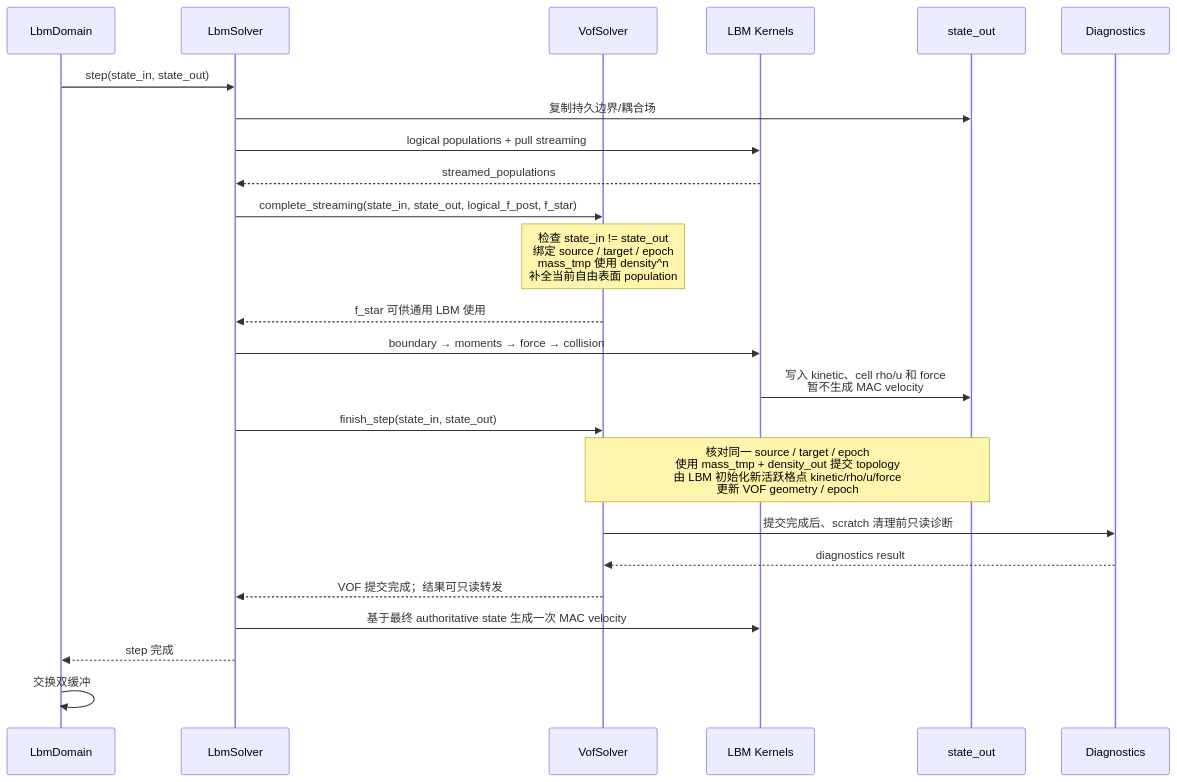
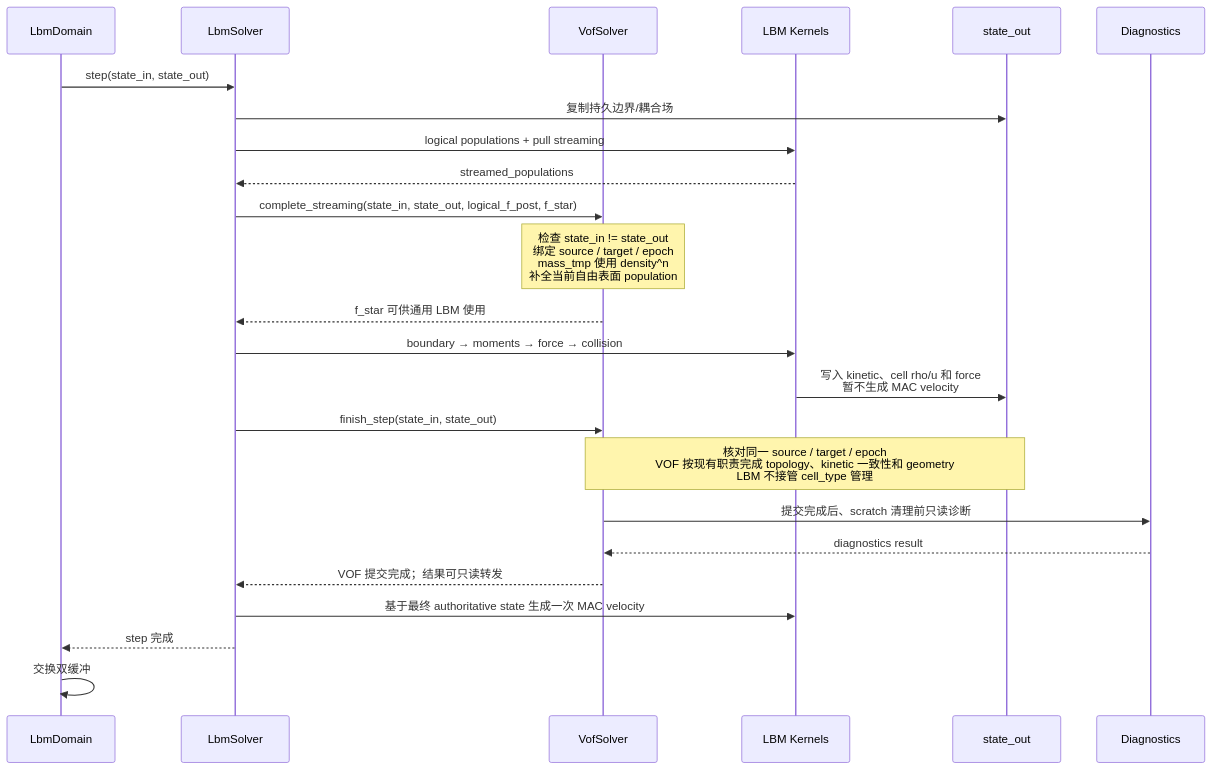
Before and after one commit to Cavibot/LBM-Fluid-Structure-Interaction: the fifth of 5 diagrams in docs/wanphys/lbm/lbm-vof-refactor-final-architecture.md, drawn with Mermaid. The commit also changed other lines of this file and 46 other files, not shown here.

````diff
--- a/docs/wanphys/lbm/lbm-vof-refactor-final-architecture.md
+++ b/docs/wanphys/lbm/lbm-vof-refactor-final-architecture.md
@@ -346,30 +351,30 @@
 ```mermaid
 sequenceDiagram
     participant D as LbmDomain
     participant L as LbmSolver
     participant V as VofSolver
     participant K as LBM Kernels
     participant S as state_out
     participant G as Diagnostics
 
     D->>L: step(state_in, state_out)
     L->>S: 复制持久边界/耦合场
     L->>K: logical populations + pull streaming
     K-->>L: streamed_populations
 
     L->>V: complete_streaming(state_in, state_out, logical_f_post, f_star)
     Note over V: 检查 state_in != state_out<br/>绑定 source / target / epoch<br/>mass_tmp 使用 density^n<br/>补全当前自由表面 population
     V-->>L: f_star 可供通用 LBM 使用
 
     L->>K: boundary → moments → force → collision
     K->>S: 写入 kinetic、cell rho/u 和 force<br/>暂不生成 MAC velocity
 
     L->>V: finish_step(state_in, state_out)
-    Note over V,S: 核对同一 source / target / epoch<br/>使用 mass_tmp + density_out 提交 topology<br/>由 LBM 初始化新活跃格点 kinetic/rho/u/force<br/>更新 VOF geometry / epoch
+    Note over V,S: 核对同一 source / target / epoch<br/>VOF 按现有职责完成 topology、kinetic 一致性和 geometry<br/>LBM 不接管 cell_type 管理
     V->>G: 提交完成后、scratch 清理前只读诊断
     G-->>V: diagnostics result
     V-->>L: VOF 提交完成；结果可只读转发
     L->>K: 基于最终 authoritative state 生成一次 MAC velocity
     L-->>D: step 完成
     D->>D: 交换双缓冲
 ```
````
